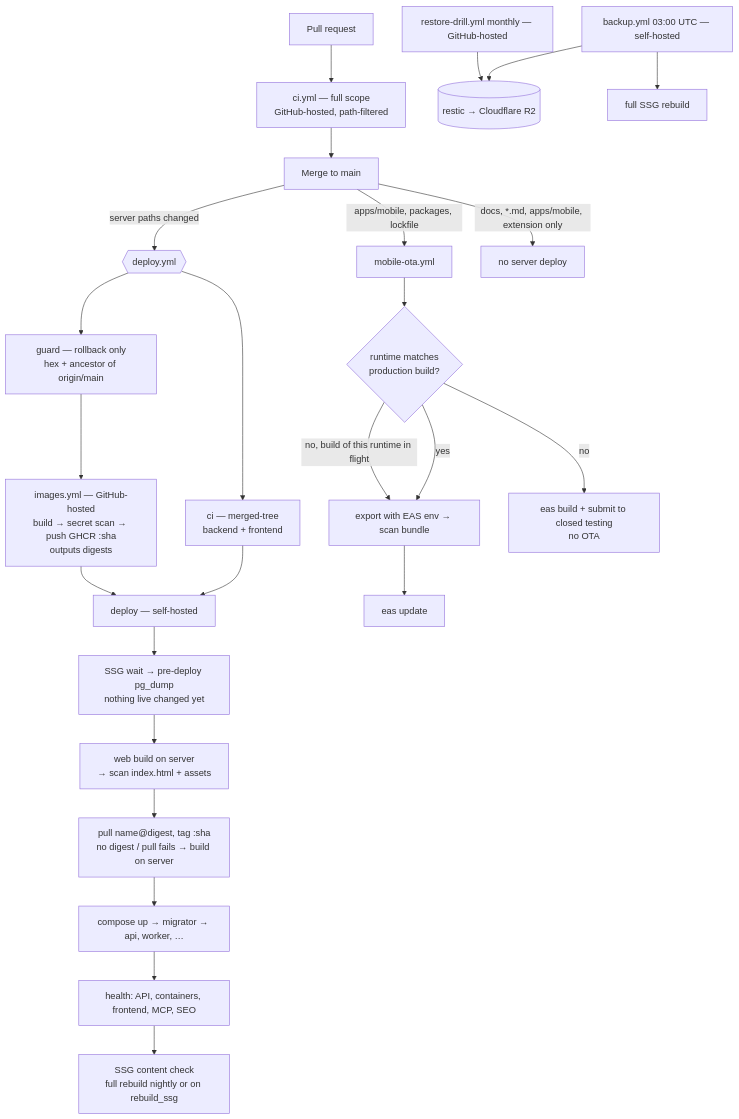
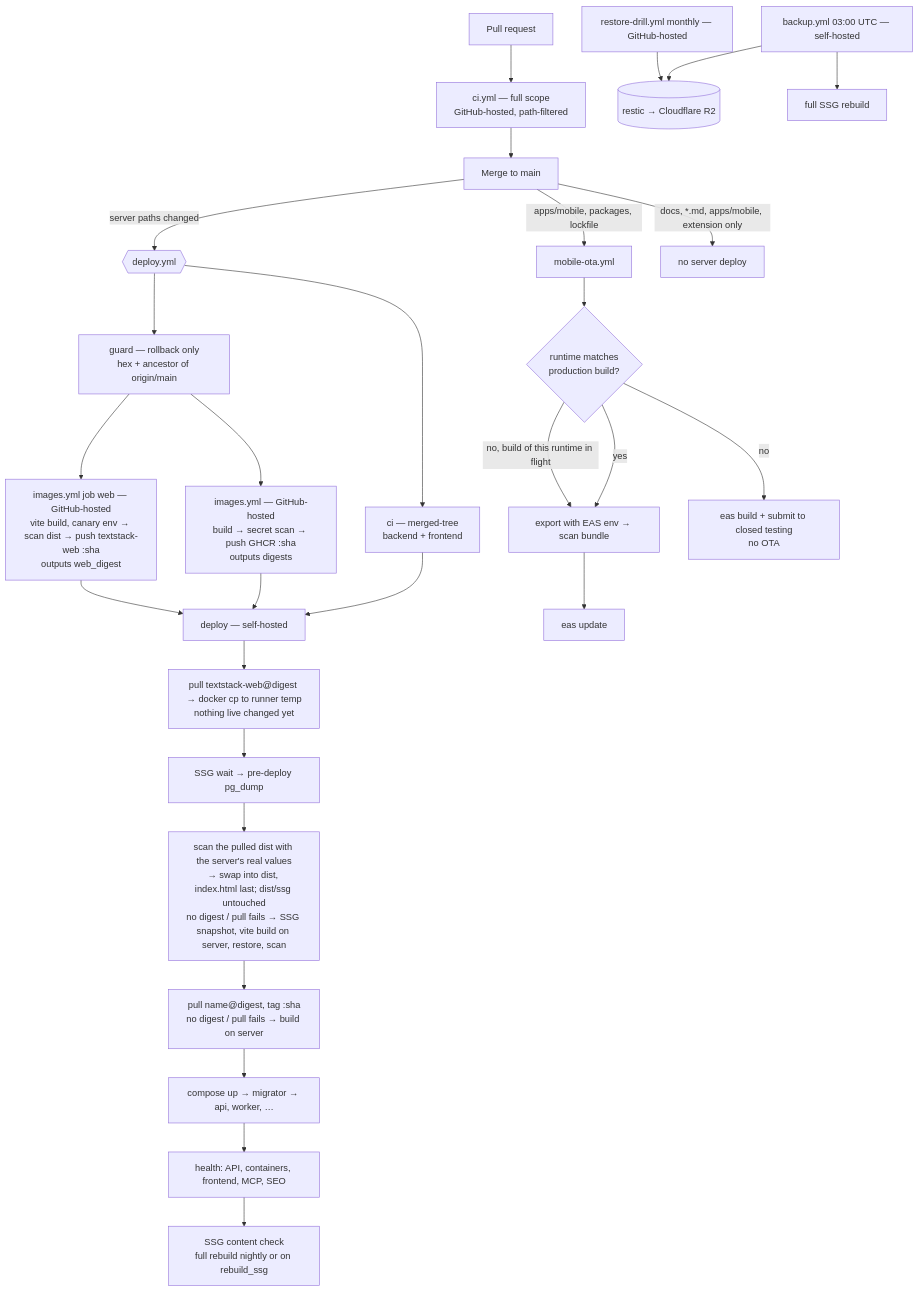
Before and after one commit to mrviduus/textstack: the diagram in docs/01-architecture/delivery.md, drawn with Mermaid. The commit also changed other lines of this file and 16 other files, not shown here.

First line of the commit message:
ci(web): build + scan the web bundle on GitHub, swap it in before anything is live (review P2-2) (#764)

````diff
--- a/docs/01-architecture/delivery.md
+++ b/docs/01-architecture/delivery.md
@@ -20,32 +20,35 @@
 ```mermaid
 flowchart TD
   PR[Pull request] --> CI[ci.yml — full scope<br/>GitHub-hosted, path-filtered]
   CI --> M[Merge to main]
 
   M -->|server paths changed| D{{deploy.yml}}
   M -->|apps/mobile, packages, lockfile| OTA[mobile-ota.yml]
   M -->|docs, *.md, apps/mobile, extension only| SKIP[no server deploy]
 
   D --> G[guard — rollback only<br/>hex + ancestor of origin/main]
   D --> CIM[ci — merged-tree<br/>backend + frontend]
   G --> IMG[images.yml — GitHub-hosted<br/>build → secret scan → push GHCR :sha<br/>outputs digests]
+  G --> WEB[images.yml job web — GitHub-hosted<br/>vite build, canary env → scan dist → push textstack-web :sha<br/>outputs web_digest]
 
   CIM --> DEP
   IMG --> DEP[deploy — self-hosted]
+  WEB --> DEP
 
-  DEP --> BK[SSG wait → pre-deploy pg_dump<br/>nothing live changed yet]
-  BK --> W[web build on server<br/>→ scan index.html + assets]
+  DEP --> F[pull textstack-web@digest → docker cp to runner temp<br/>nothing live changed yet]
+  F --> BK[SSG wait → pre-deploy pg_dump]
+  BK --> W[scan the pulled dist with the server's real values<br/>→ swap into dist, index.html last; dist/ssg untouched<br/>no digest / pull fails → SSG snapshot, vite build on server, restore, scan]
   W --> P[pull name@digest, tag :sha<br/>no digest / pull fails → build on server]
   P --> UP[compose up → migrator → api, worker, …]
   UP --> H[health: API, containers, frontend, MCP, SEO]
   H --> SSG[SSG content check<br/>full rebuild nightly or on rebuild_ssg]
 
   OTA --> FP{runtime matches<br/>production build?}
   FP -->|yes| SCAN[export with EAS env → scan bundle] --> PUB[eas update]
   FP -->|no, build of this runtime in flight| SCAN
   FP -->|no| EAS[eas build + submit to closed testing<br/>no OTA]
 
   NIGHT[backup.yml 03:00 UTC — self-hosted] --> R2[(restic → Cloudflare R2)]
   NIGHT --> SSGN[full SSG rebuild]
   DRILL[restore-drill.yml monthly — GitHub-hosted] --> R2
 ```
````
